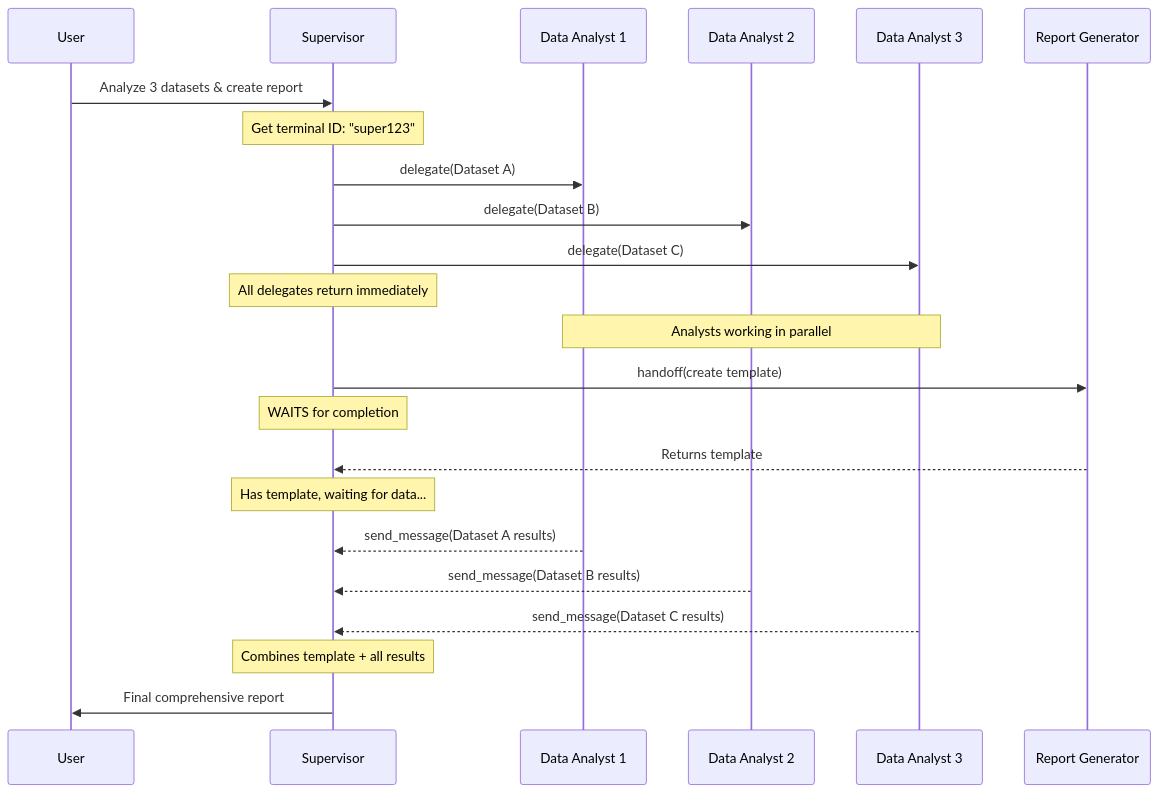
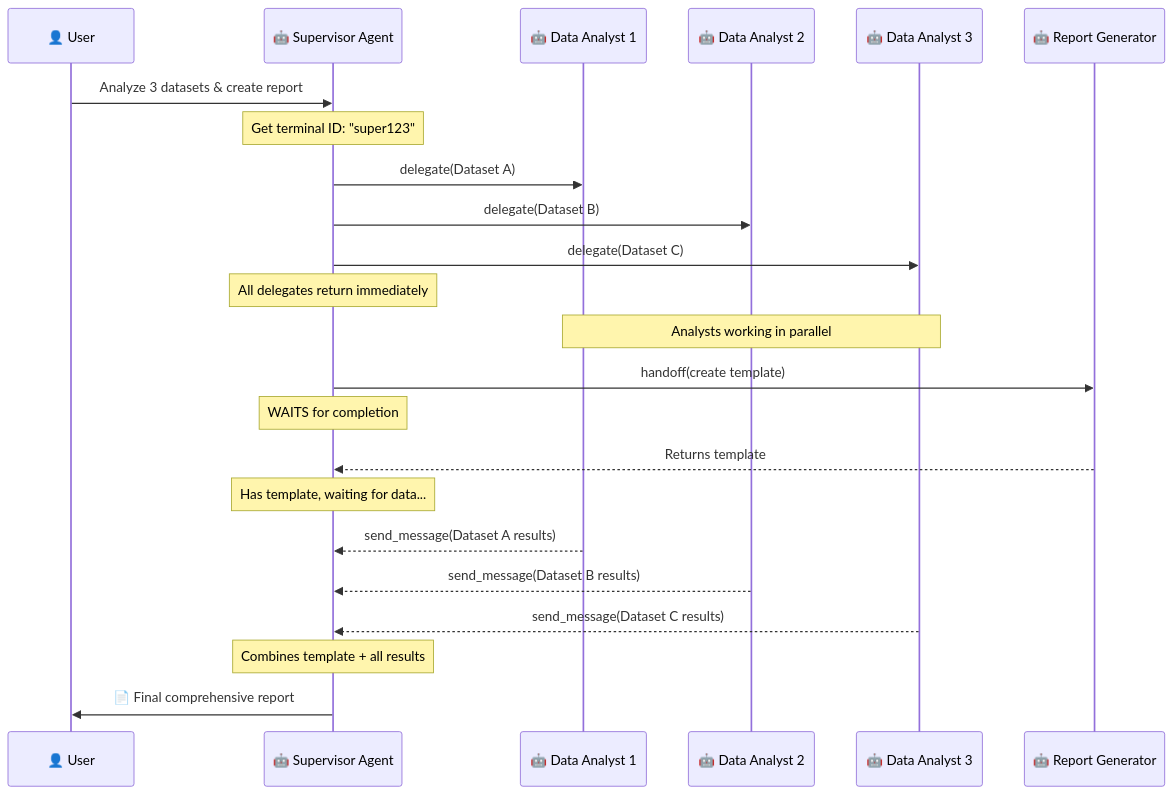
One commit to awslabs/cli-agent-orchestrator changed the second of 2 diagrams in examples/delegate-async/README.md. Above: the diagram before and after it, drawn with Mermaid. The commit also changed other lines of this file and 2 other files, not shown here.

Commit message:
update scripts and the instructions

````diff
--- a/examples/delegate-async/README.md
+++ b/examples/delegate-async/README.md
@@ -245,34 +246,34 @@
 ```mermaid
 sequenceDiagram
-    participant User
-    participant Supervisor
-    participant DA1 as Data Analyst 1
-    participant DA2 as Data Analyst 2
-    participant DA3 as Data Analyst 3
-    participant ReportGen as Report Generator
+    participant User as 👤 User
+    participant Supervisor as 🤖 Supervisor Agent
+    participant DA1 as 🤖 Data Analyst 1
+    participant DA2 as 🤖 Data Analyst 2
+    participant DA3 as 🤖 Data Analyst 3
+    participant ReportGen as 🤖 Report Generator
 
     User->>Supervisor: Analyze 3 datasets & create report
     
     Note over Supervisor: Get terminal ID: "super123"
     
     Supervisor->>DA1: delegate(Dataset A)
     Supervisor->>DA2: delegate(Dataset B)
     Supervisor->>DA3: delegate(Dataset C)
     
     Note over Supervisor: All delegates return immediately
     Note over DA1,DA3: Analysts working in parallel
     
     Supervisor->>ReportGen: handoff(create template)
     Note over Supervisor: WAITS for completion
     ReportGen-->>Supervisor: Returns template
     
     Note over Supervisor: Has template, waiting for data...
     
     DA1-->>Supervisor: send_message(Dataset A results)
     DA2-->>Supervisor: send_message(Dataset B results)
     DA3-->>Supervisor: send_message(Dataset C results)
     
     Note over Supervisor: Combines template + all results
     
-    Supervisor->>User: Final comprehensive report
+    Supervisor->>User: 📄 Final comprehensive report
 ```
````
